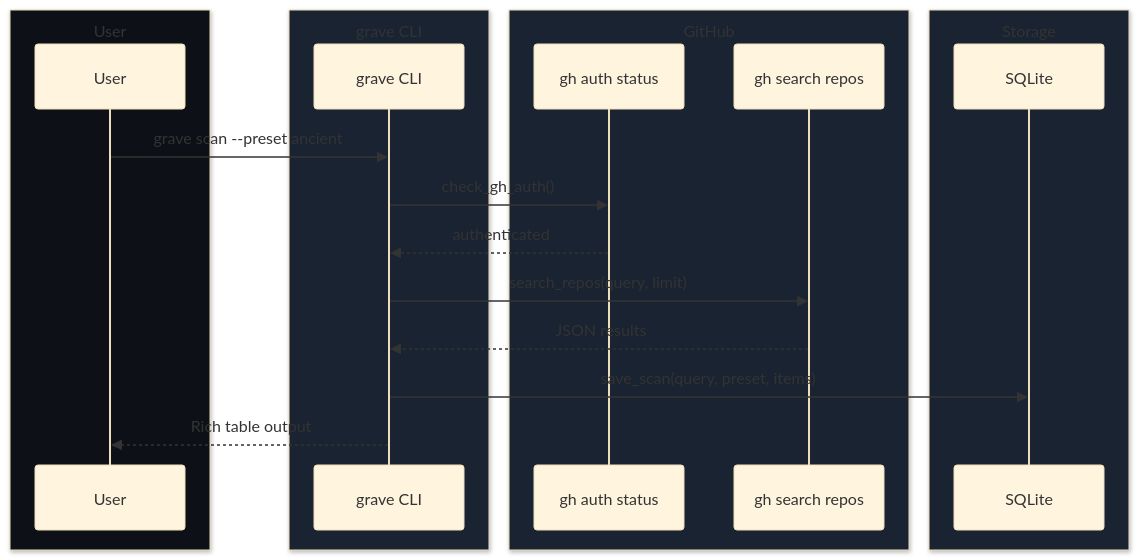
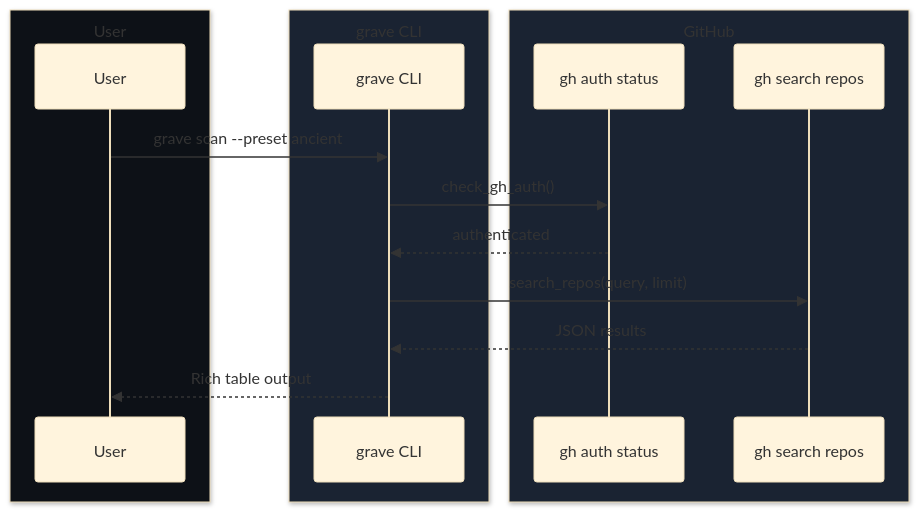
One commit to ul0gic/grave changed the second of 2 diagrams in README.md. Above: the diagram before and after it, drawn with Mermaid (base theme). The commit also changed other lines of this file and 38 other files, not shown here.

````diff
--- a/README.md
+++ b/README.md
@@ -276,24 +261,20 @@
 ```mermaid
 sequenceDiagram
     box rgb(13,17,23) User
         participant User
     end
     box rgb(26,35,50) grave CLI
         participant CLI as grave CLI
     end
     box rgb(26,35,50) GitHub
         participant Auth as gh auth status
         participant Search as gh search repos
     end
-    box rgb(26,35,50) Storage
-        participant DB as SQLite
-    end
 
     User->>CLI: grave scan --preset ancient
     CLI->>Auth: check_gh_auth()
     Auth-->>CLI: authenticated
     CLI->>Search: search_repos(query, limit)
     Search-->>CLI: JSON results
-    CLI->>DB: save_scan(query, preset, items)
     CLI-->>User: Rich table output
 ```
````
